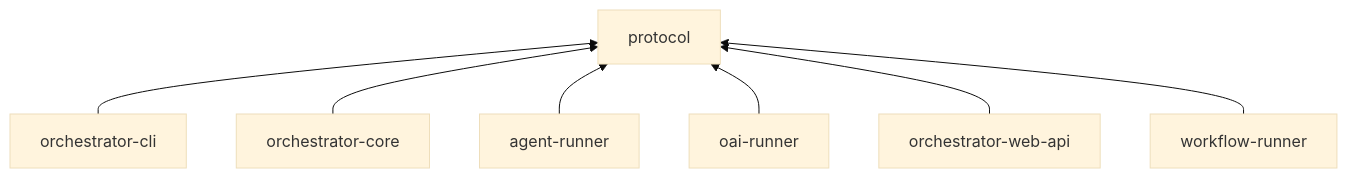
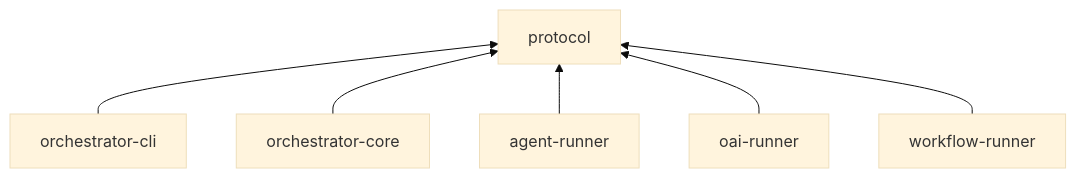
One commit to launchapp-dev/ao-cli changed the second of 2 diagrams in crates/protocol/README.md. Above: the diagram before and after it, drawn with Mermaid (base theme). The commit also changed 9 other files, not shown here.

First line of the commit message:
chore: scrub stale orchestrator-web-* references in CI workflows + READMEs

````diff
--- a/crates/protocol/README.md
+++ b/crates/protocol/README.md
@@ -67,17 +67,15 @@
 ```mermaid
 graph BT
     PROTO["protocol"]
     CLI["orchestrator-cli"]
     CORE["orchestrator-core"]
     RUN["agent-runner"]
     OAI["oai-runner"]
-    WEB["orchestrator-web-api"]
     WFR["workflow-runner"]
 
     CLI --> PROTO
     CORE --> PROTO
     RUN --> PROTO
     OAI --> PROTO
-    WEB --> PROTO
     WFR --> PROTO
 ```
````
